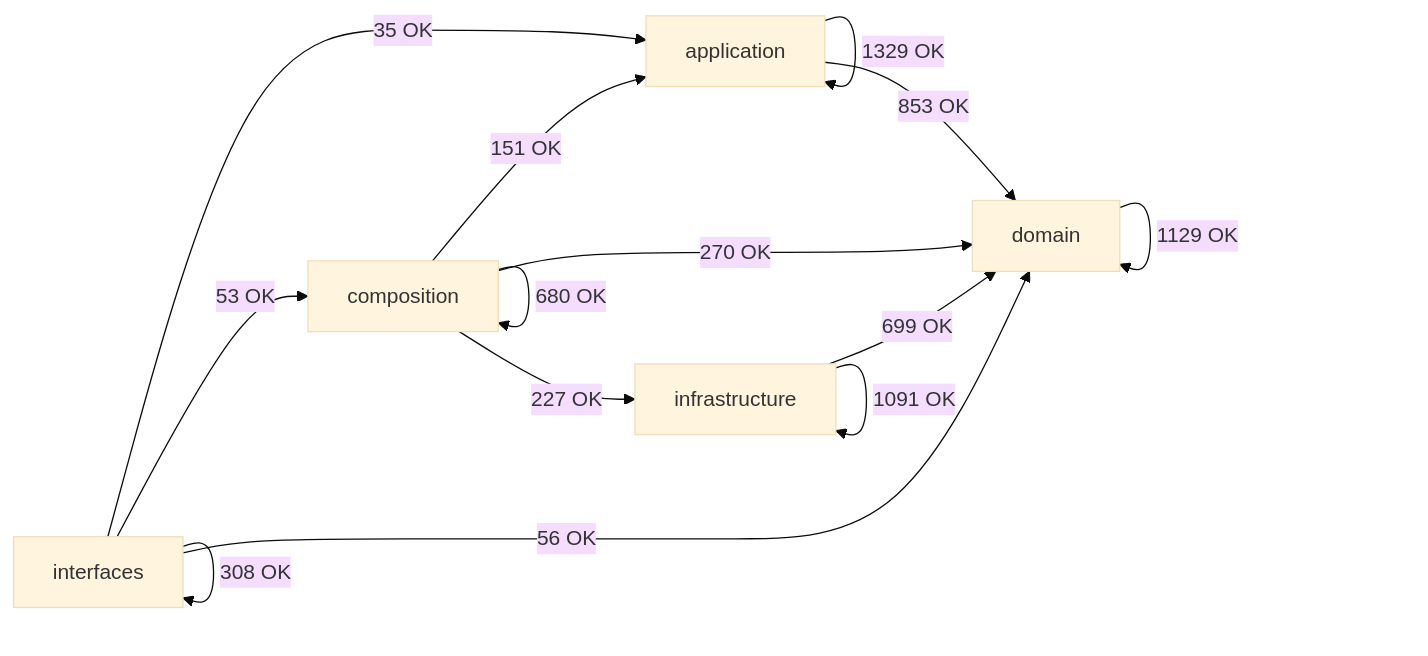
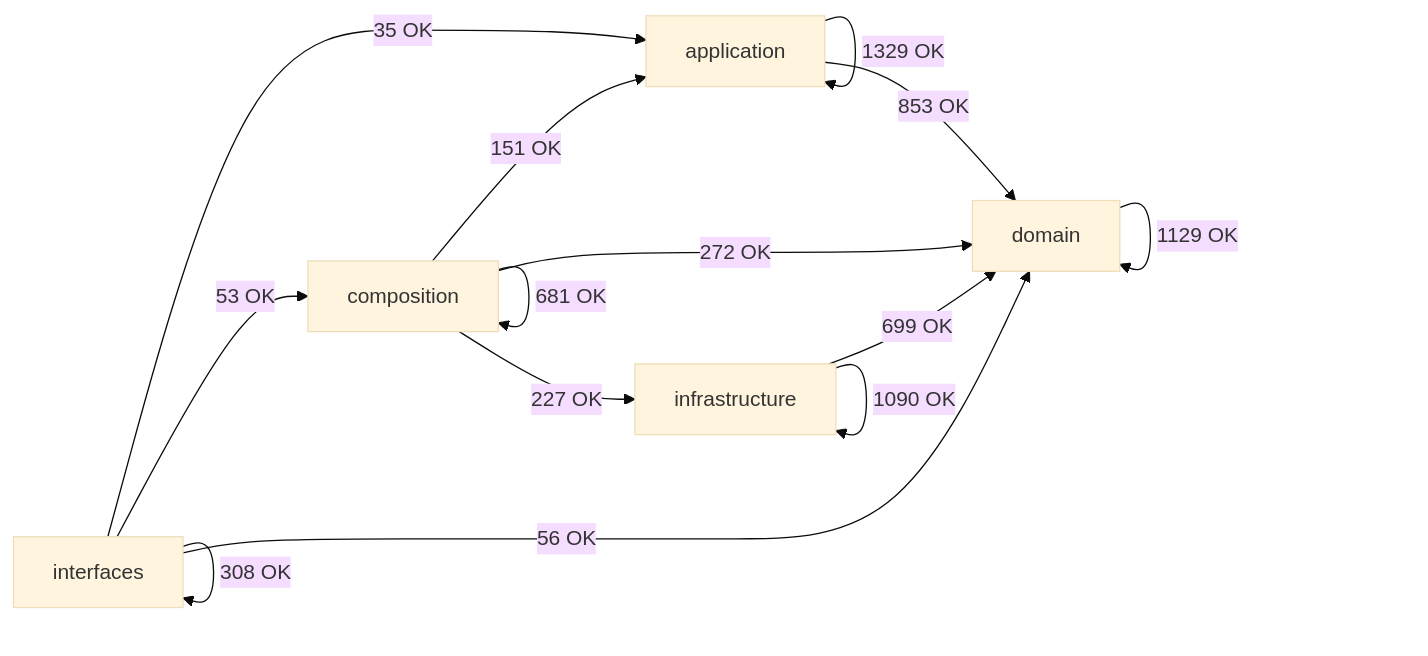
One commit to SatoryKono/BioactivityDataAcquisition changed the diagram in docs/02-architecture/generated/module-dependency-map.md. Above: the diagram before and after it, drawn with Mermaid (base theme). The commit also changed other lines of this file and 48 other files, not shown here.

````diff
--- a/docs/02-architecture/generated/module-dependency-map.md
+++ b/docs/02-architecture/generated/module-dependency-map.md
@@ -17,21 +17,21 @@
 ```mermaid
 flowchart LR
     domain[domain]
     application[application]
     infrastructure[infrastructure]
     composition[composition]
     interfaces[interfaces]
     application -->|1329 OK| application
     application -->|853 OK| domain
     composition -->|151 OK| application
-    composition -->|680 OK| composition
-    composition -->|270 OK| domain
+    composition -->|681 OK| composition
+    composition -->|272 OK| domain
     composition -->|227 OK| infrastructure
     domain -->|1129 OK| domain
     infrastructure -->|699 OK| domain
-    infrastructure -->|1091 OK| infrastructure
+    infrastructure -->|1090 OK| infrastructure
     interfaces -->|35 OK| application
     interfaces -->|53 OK| composition
     interfaces -->|56 OK| domain
     interfaces -->|308 OK| interfaces
 ```
````
